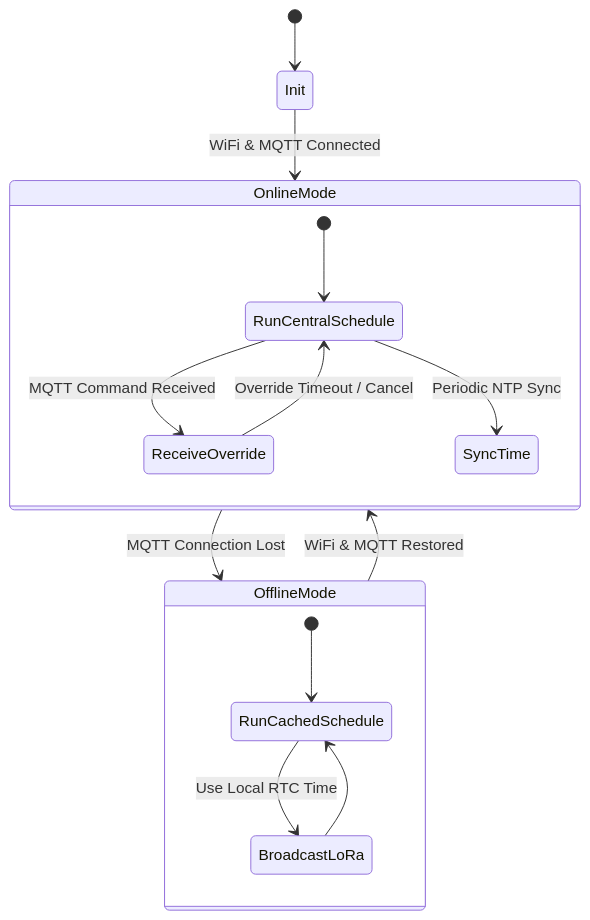
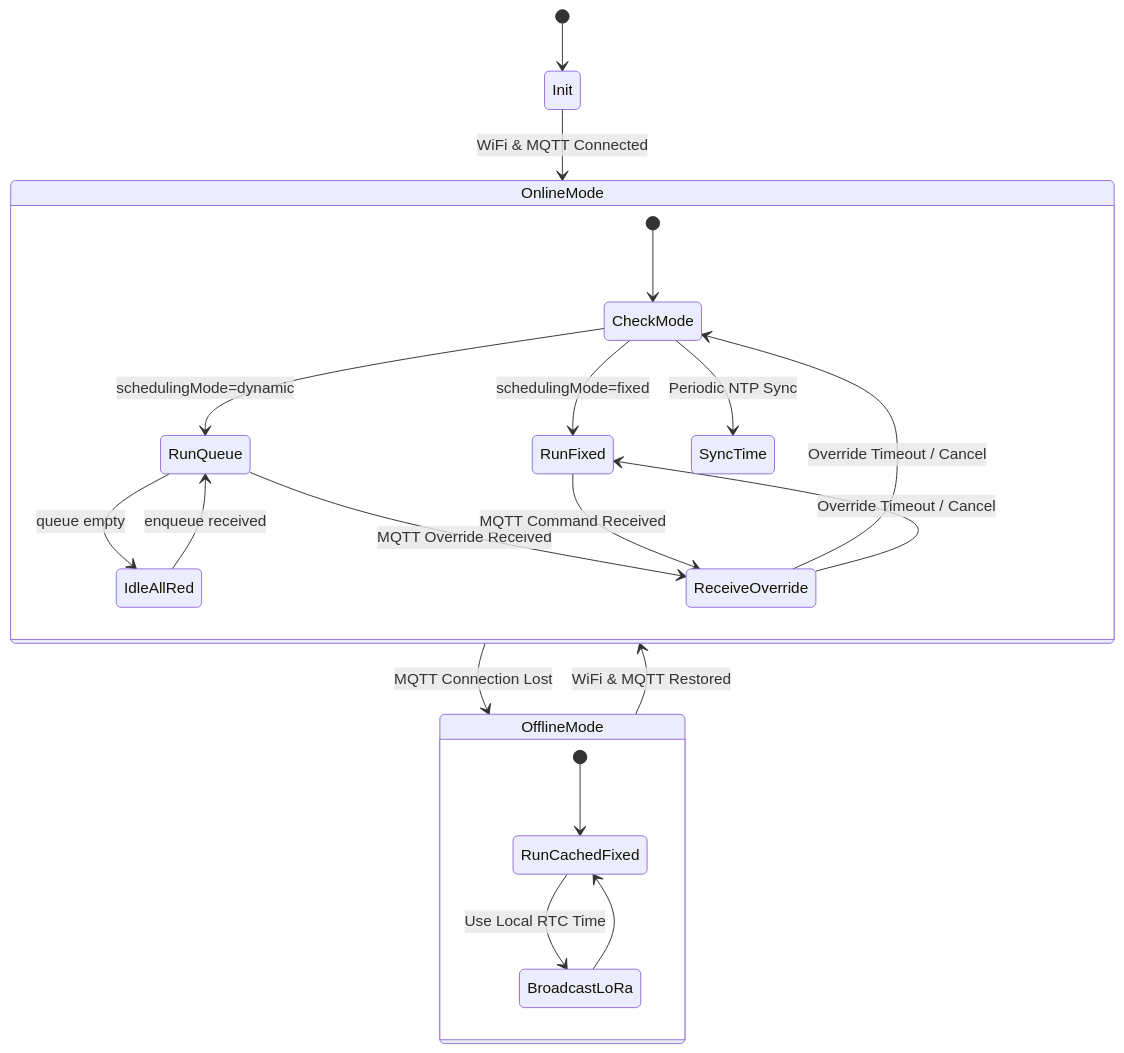
Before and after one commit to vclane/vclane-docs: the second of 3 diagrams in docs/traffic-controller.md, drawn with Mermaid. The commit also changed other lines of this file and 9 other files, not shown here.

Commit message:
docs: document dynamic queue-based scheduling (per-group, opt-in)

````diff
--- a/docs/traffic-controller.md
+++ b/docs/traffic-controller.md
@@ -114,22 +116,28 @@
 ```mermaid
 stateDiagram-v2
     [*] --> Init
     Init --> OnlineMode : WiFi & MQTT Connected
     
     state OnlineMode {
-        [*] --> RunCentralSchedule
-        RunCentralSchedule --> ReceiveOverride : MQTT Command Received
-        ReceiveOverride --> RunCentralSchedule : Override Timeout / Cancel
-        RunCentralSchedule --> SyncTime : Periodic NTP Sync
+        [*] --> CheckMode
+        CheckMode --> RunFixed : schedulingMode=fixed
+        CheckMode --> RunQueue : schedulingMode=dynamic
+        RunQueue --> IdleAllRed : queue empty
+        IdleAllRed --> RunQueue : enqueue received
+        RunQueue --> ReceiveOverride : MQTT Override Received
+        ReceiveOverride --> CheckMode : Override Timeout / Cancel
+        RunFixed --> ReceiveOverride : MQTT Command Received
+        ReceiveOverride --> RunFixed : Override Timeout / Cancel
+        CheckMode --> SyncTime : Periodic NTP Sync
     }
     
     OnlineMode --> OfflineMode : MQTT Connection Lost
     
     state OfflineMode {
-        [*] --> RunCachedSchedule
-        RunCachedSchedule --> BroadcastLoRa : Use Local RTC Time
-        BroadcastLoRa --> RunCachedSchedule
+        [*] --> RunCachedFixed
+        RunCachedFixed --> BroadcastLoRa : Use Local RTC Time
+        BroadcastLoRa --> RunCachedFixed
     }
     
     OfflineMode --> OnlineMode : WiFi & MQTT Restored
 ```
````
